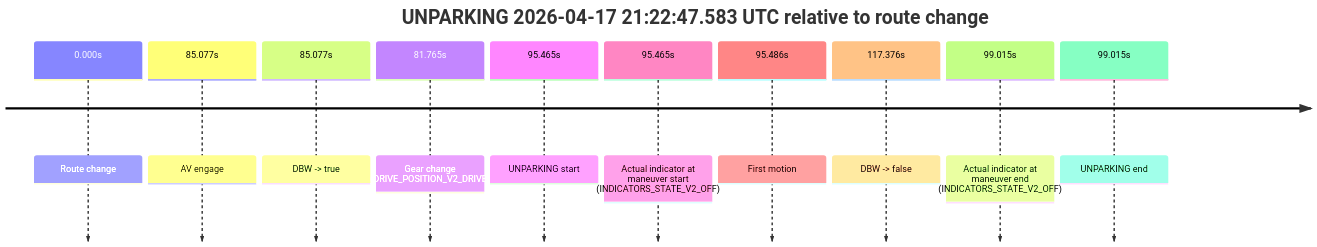
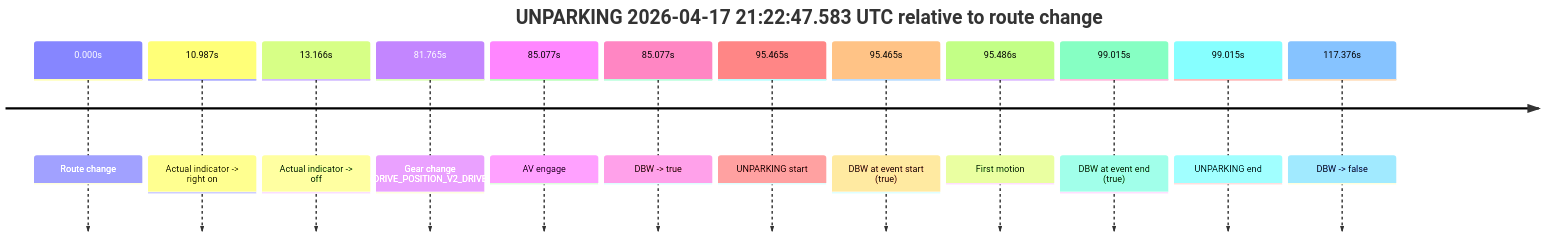
The second of 2 diagrams in model_analysis/report_cards/2026/04/Week-3/fme20002--2026-04-17--21-10-06--gen2-av-f718ab0c-c537-41f7-9113-9a4c8f1452ed.md (yoelshapiro/vault), drawn with Mermaid before and after one commit. The commit also changed other lines of this file and 85 other files, not shown here.

````diff
--- a/model_analysis/report_cards/2026/04/Week-3/fme20002--2026-04-17--21-10-06--gen2-av-f718ab0c-c537-41f7-9113-9a4c8f1452ed.md
+++ b/model_analysis/report_cards/2026/04/Week-3/fme20002--2026-04-17--21-10-06--gen2-av-f718ab0c-c537-41f7-9113-9a4c8f1452ed.md
@@ -215,14 +162,16 @@
 ```mermaid
 timeline
     title UNPARKING 2026-04-17 21:22:47.583 UTC relative to route change
     0.000s : Route change
+    10.987s : Actual indicator -> right on
+    13.166s : Actual indicator -> off
+    81.765s : Gear change (DRIVE_POSITION_V2_DRIVE)
     85.077s : AV engage
     85.077s : DBW -> true
-    81.765s : Gear change (DRIVE_POSITION_V2_DRIVE)
     95.465s : UNPARKING start
-    95.465s : Actual indicator at maneuver start (INDICATORS_STATE_V2_OFF)
+    95.465s : DBW at event start (true)
     95.486s : First motion
+    99.015s : DBW at event end (true)
+    99.015s : UNPARKING end
     117.376s : DBW -> false
-    99.015s : Actual indicator at maneuver end (INDICATORS_STATE_V2_OFF)
-    99.015s : UNPARKING end
 ```
````
